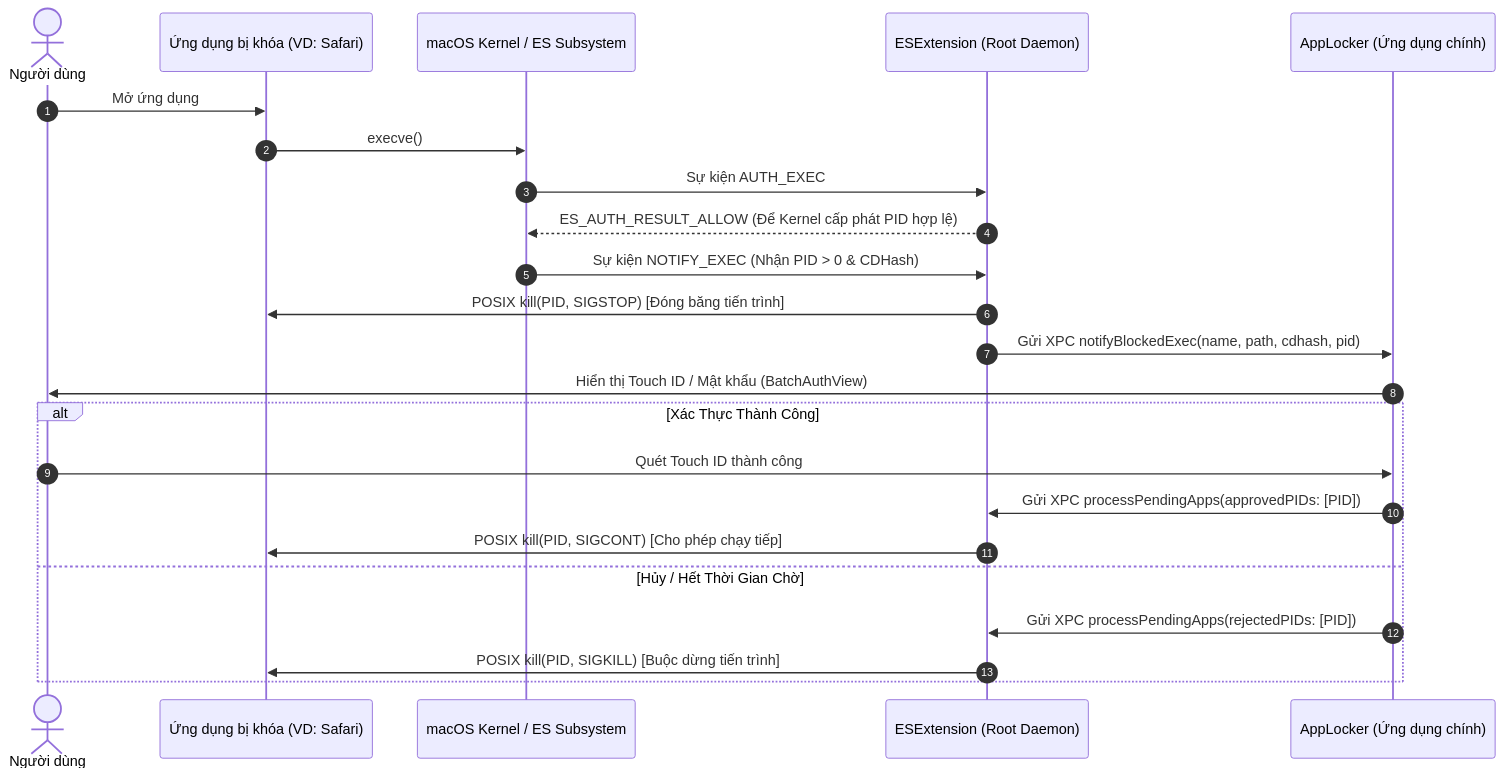
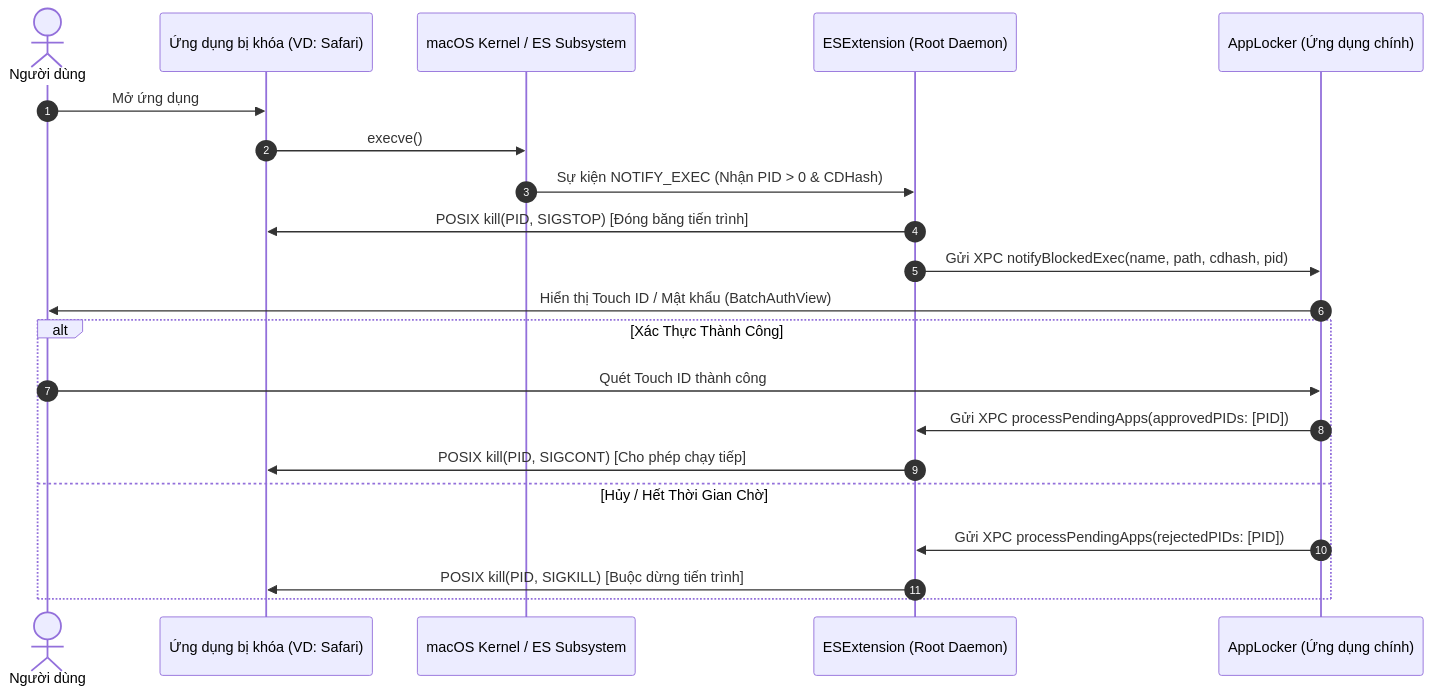
The diagram in Resources/README-vi.md (TranPhuong319/AppLocker), drawn with Mermaid before and after one commit. The commit also changed other lines of this file and 1 other file, not shown here.

First line of the commit message:
docs(readme): update system architecture and sequence flow for process interception

````diff
--- a/Resources/README-vi.md
+++ b/Resources/README-vi.md
@@ -84,26 +84,24 @@
 ```mermaid
 sequenceDiagram
     autonumber
     actor User as Người dùng
     participant TargetApp as Ứng dụng bị khóa (VD: Safari)
     participant Kernel as macOS Kernel / ES Subsystem
     participant ESExt as ESExtension (Root Daemon)
     participant AppLocker as AppLocker (Ứng dụng chính)
 
     User->>TargetApp: Mở ứng dụng
     TargetApp->>Kernel: execve()
-    Kernel->>ESExt: Sự kiện AUTH_EXEC
-    ESExt-->>Kernel: ES_AUTH_RESULT_ALLOW (Để Kernel cấp phát PID hợp lệ)
     Kernel->>ESExt: Sự kiện NOTIFY_EXEC (Nhận PID > 0 & CDHash)
     ESExt->>TargetApp: POSIX kill(PID, SIGSTOP) [Đóng băng tiến trình]
     ESExt->>AppLocker: Gửi XPC notifyBlockedExec(name, path, cdhash, pid)
     AppLocker->>User: Hiển thị Touch ID / Mật khẩu (BatchAuthView)
     alt Xác Thực Thành Công
         User->>AppLocker: Quét Touch ID thành công
         AppLocker->>ESExt: Gửi XPC processPendingApps(approvedPIDs: [PID])
         ESExt->>TargetApp: POSIX kill(PID, SIGCONT) [Cho phép chạy tiếp]
     else Hủy / Hết Thời Gian Chờ
         AppLocker->>ESExt: Gửi XPC processPendingApps(rejectedPIDs: [PID])
         ESExt->>TargetApp: POSIX kill(PID, SIGKILL) [Buộc dừng tiến trình]
     end
 ```
````
